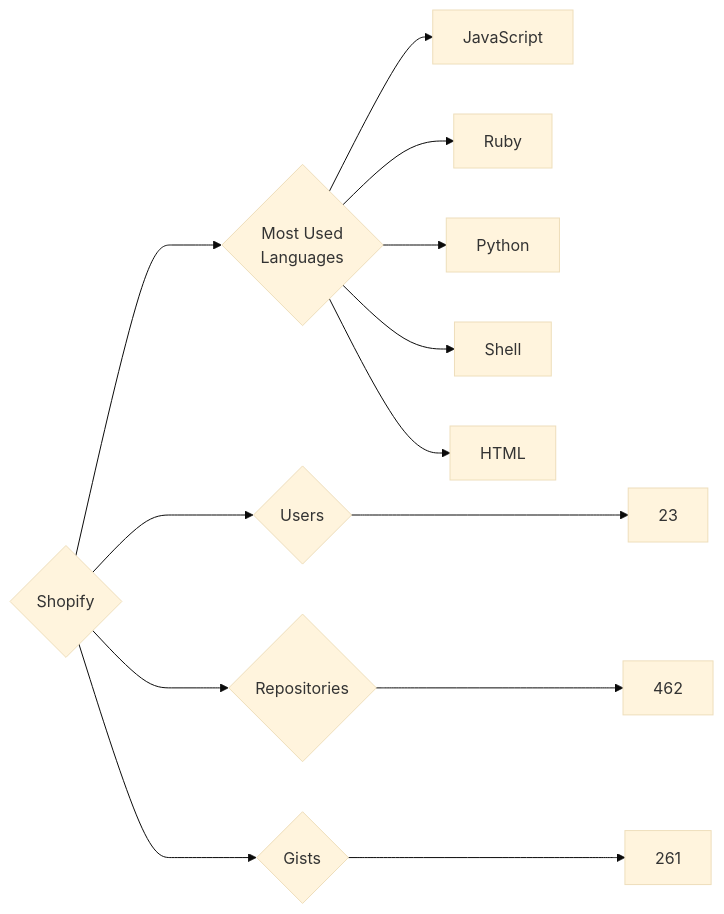
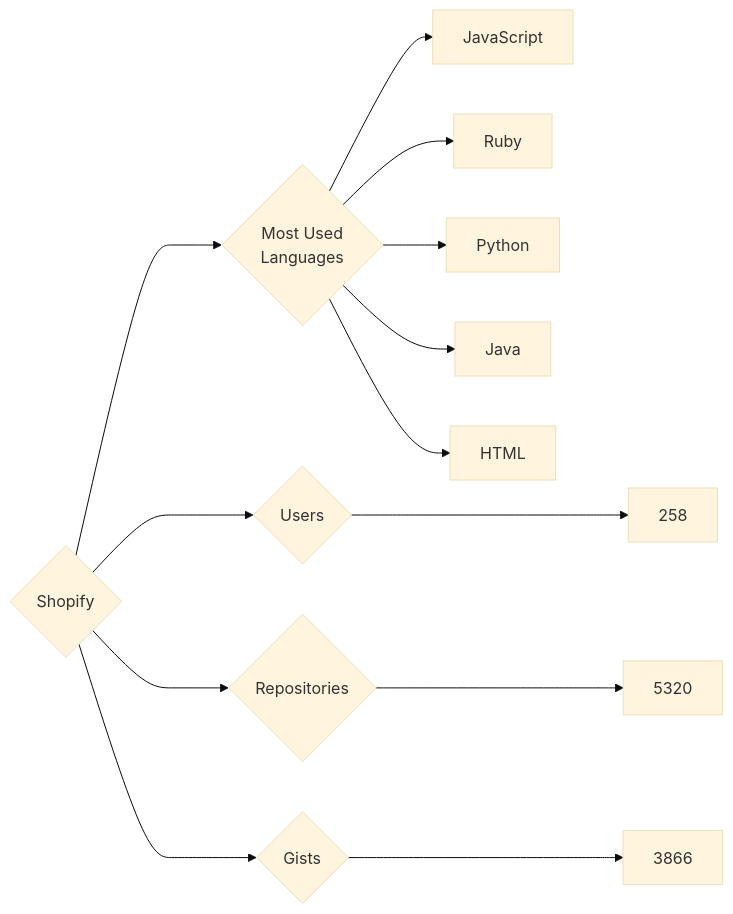
Before and after one commit to trickest/insiders: the diagram in targets/Shopify/README.md, drawn with Mermaid (base theme). The commit also changed 814 other files, not shown here.

````diff
--- a/targets/Shopify/README.md
+++ b/targets/Shopify/README.md
@@ -3,13 +3,13 @@
 ```mermaid
 graph LR
 COMPANY_NAME{Shopify}
-COMPANY_NAME ---> U{Users} ---> UN[23]
-COMPANY_NAME ---> R{Repositories} ---> RN[462]
-COMPANY_NAME ---> G{Gists} ---> GN[261]
+COMPANY_NAME ---> U{Users} ---> UN[258]
+COMPANY_NAME ---> R{Repositories} ---> RN[5320]
+COMPANY_NAME ---> G{Gists} ---> GN[3866]
 COMPANY_NAME ---> ML{Most Used<br>Languages}
 ML --> JavaScript[JavaScript]
 ML --> Ruby[Ruby]
 ML --> Python[Python]
-ML --> Shell[Shell]
+ML --> Java[Java]
 ML --> HTML[HTML]
 ```
````
